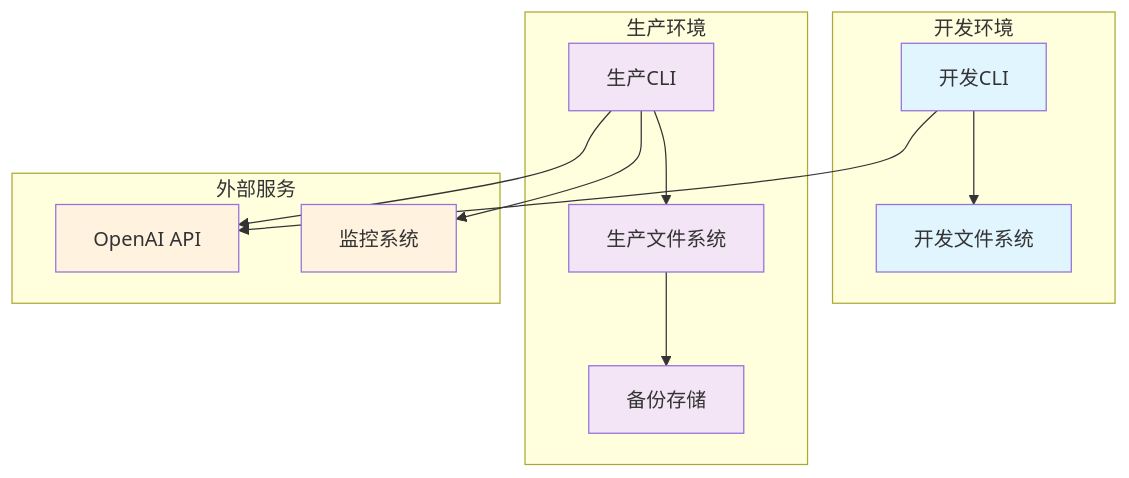
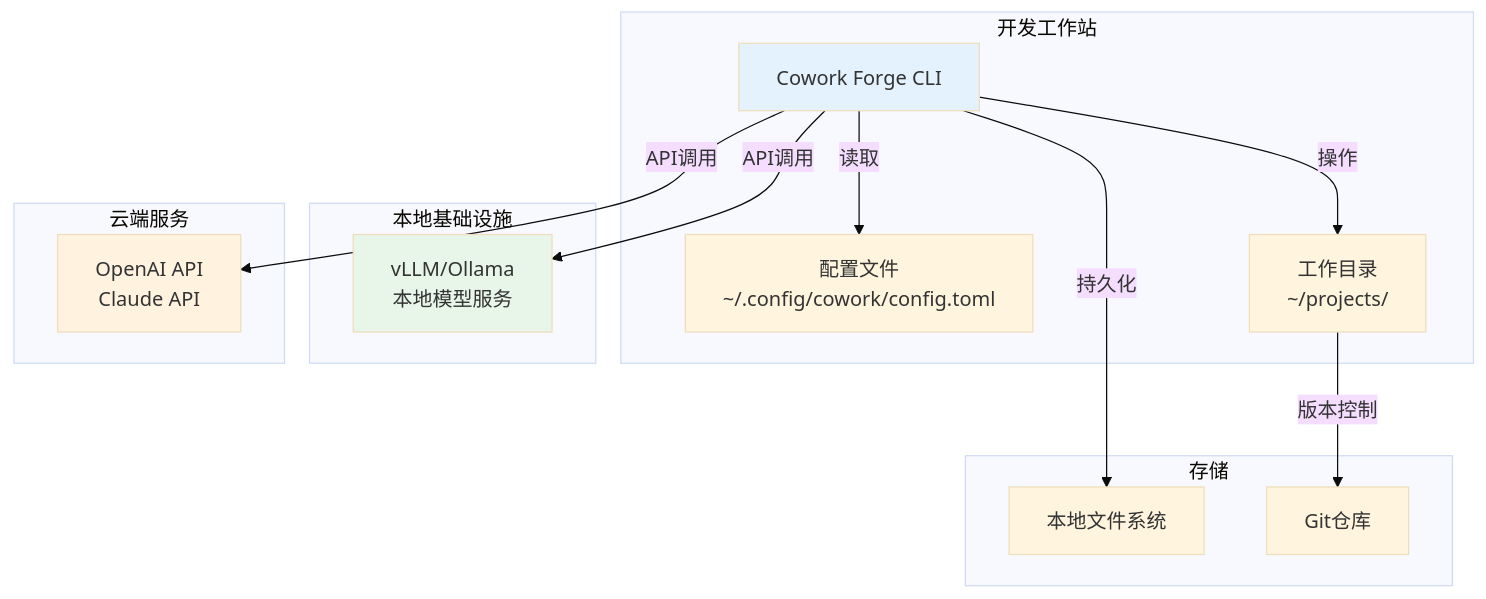
One commit to sopaco/cowork-forge changed diagram 12 of 12 in litho.docs/zh/2、架构概览.md. Above: the diagram before and after it, drawn with Mermaid. The commit also changed other lines of this file and 27 other files, not shown here.

````diff
--- a/litho.docs/zh/2、架构概览.md
+++ b/litho.docs/zh/2、架构概览.md
@@ -849,33 +757,33 @@
 ```mermaid
+%%{init: {'theme': 'base'}}%%
 graph TB
-    subgraph "开发环境"
-        DEV_CLI[开发CLI]
-        DEV_FS[开发文件系统]
+    subgraph "开发工作站"
+        CLI[Cowork Forge CLI]
+        Config[配置文件<br/>~/.config/cowork/config.toml]
+        Workspace[工作目录<br/>~/projects/]
     end
     
-    subgraph "生产环境"
-        PROD_CLI[生产CLI]
-        PROD_FS[生产文件系统]
-        PROD_BACKUP[备份存储]
+    subgraph "本地基础设施"
+        LocalLLM[vLLM/Ollama<br/>本地模型服务]
     end
     
-    subgraph "外部服务"
-        OPENAI[OpenAI API]
-        MONITOR[监控系统]
+    subgraph "云端服务"
+        CloudLLM[OpenAI API<br/>Claude API]
     end
     
-    DEV_CLI --> OPENAI
-    PROD_CLI --> OPENAI
-    DEV_CLI --> DEV_FS
-    PROD_CLI --> PROD_FS
-    PROD_FS --> PROD_BACKUP
-    PROD_CLI --> MONITOR
+    subgraph "存储"
+        FS[本地文件系统]
+        Git[Git仓库]
+    end
     
-    classDef dev fill:#e1f5fe
-    classDef prod fill:#f3e5f5
-    classDef external fill:#fff3e0
+    CLI -->|读取| Config
+    CLI -->|操作| Workspace
+    CLI -->|API调用| LocalLLM
+    CLI -->|API调用| CloudLLM
+    CLI -->|持久化| FS
+    Workspace -->|版本控制| Git
     
-    class DEV_CLI,DEV_FS dev
-    class PROD_CLI,PROD_FS,PROD_BACKUP prod
-    class OPENAI,MONITOR external
+    style CLI fill:#e3f2fd
+    style LocalLLM fill:#e8f5e9
+    style CloudLLM fill:#fff3e0
 ```
````
